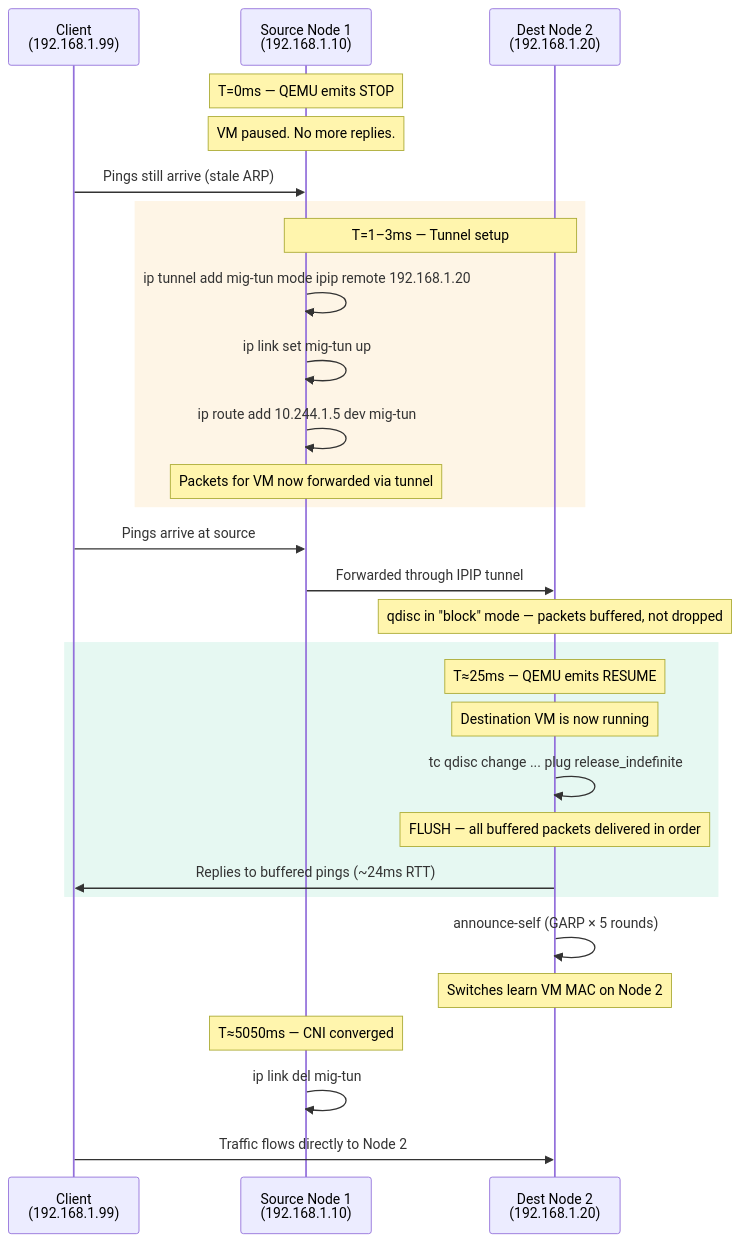
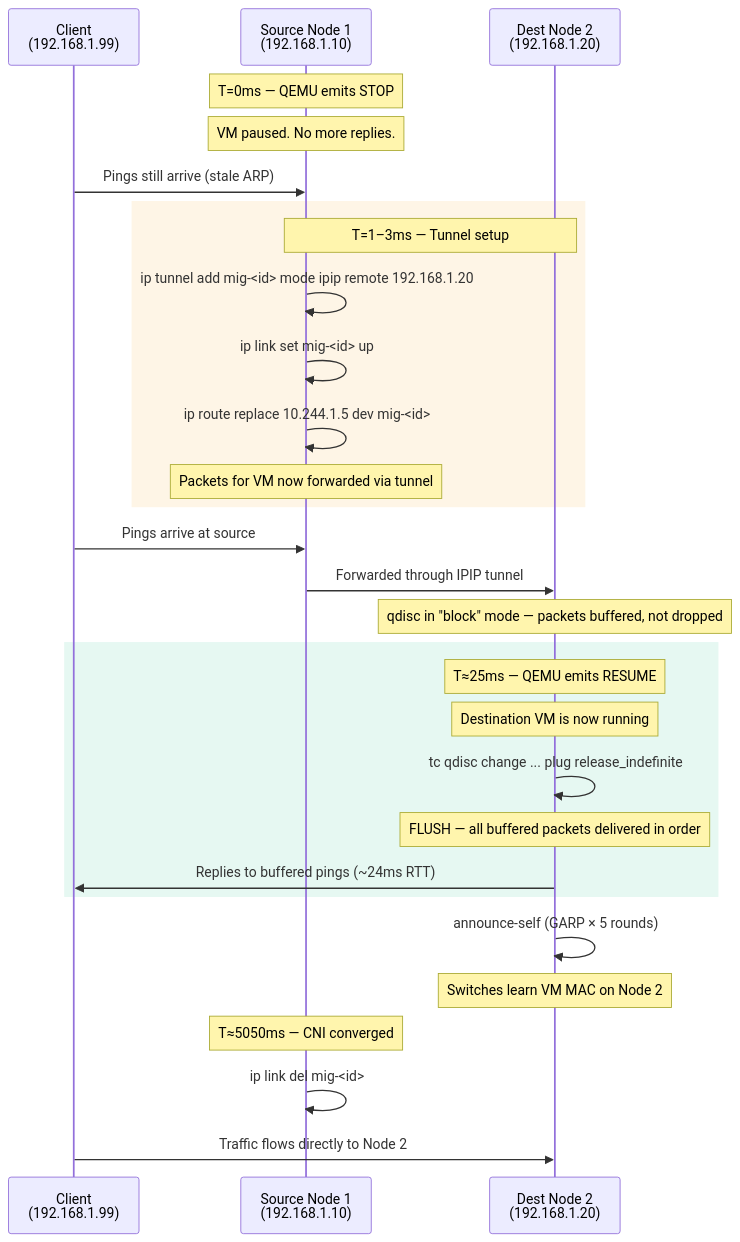
Before and after one commit to maci0/katamaran: the second of 3 diagrams in docs/TESTING.md, drawn with Mermaid. The commit also changed other lines of this file and 43 other files, not shown here.

````diff
--- a/docs/TESTING.md
+++ b/docs/TESTING.md
@@ -386,37 +389,37 @@
 ```mermaid
 sequenceDiagram
     participant C as Client<br/>(192.168.1.99)
     participant S as Source Node 1<br/>(192.168.1.10)
     participant D as Dest Node 2<br/>(192.168.1.20)
 
     Note over S: T=0ms — QEMU emits STOP
     Note over S: VM paused. No more replies.
     C->>S: Pings still arrive (stale ARP)
 
     rect rgb(245, 158, 11, 0.1)
     Note over S,D: T=1–3ms — Tunnel setup
-    S->>S: ip tunnel add mig-tun mode ipip remote 192.168.1.20
-    S->>S: ip link set mig-tun up
-    S->>S: ip route add 10.244.1.5 dev mig-tun
+    S->>S: ip tunnel add mig-<id> mode ipip remote 192.168.1.20
+    S->>S: ip link set mig-<id> up
+    S->>S: ip route replace 10.244.1.5 dev mig-<id>
     Note over S: Packets for VM now forwarded via tunnel
     end
 
     C->>S: Pings arrive at source
     S->>D: Forwarded through IPIP tunnel
     Note over D: qdisc in "block" mode — packets buffered, not dropped
 
     rect rgb(16, 185, 129, 0.1)
     Note over D: T≈25ms — QEMU emits RESUME
     Note over D: Destination VM is now running
     D->>D: tc qdisc change ... plug release_indefinite
     Note over D: FLUSH — all buffered packets delivered in order
     D->>C: Replies to buffered pings (~24ms RTT)
     end
 
     D->>D: announce-self (GARP × 5 rounds)
     Note over D: Switches learn VM MAC on Node 2
 
     Note over S: T≈5050ms — CNI converged
-    S->>S: ip link del mig-tun
+    S->>S: ip link del mig-<id>
     C->>D: Traffic flows directly to Node 2
 ```
````
